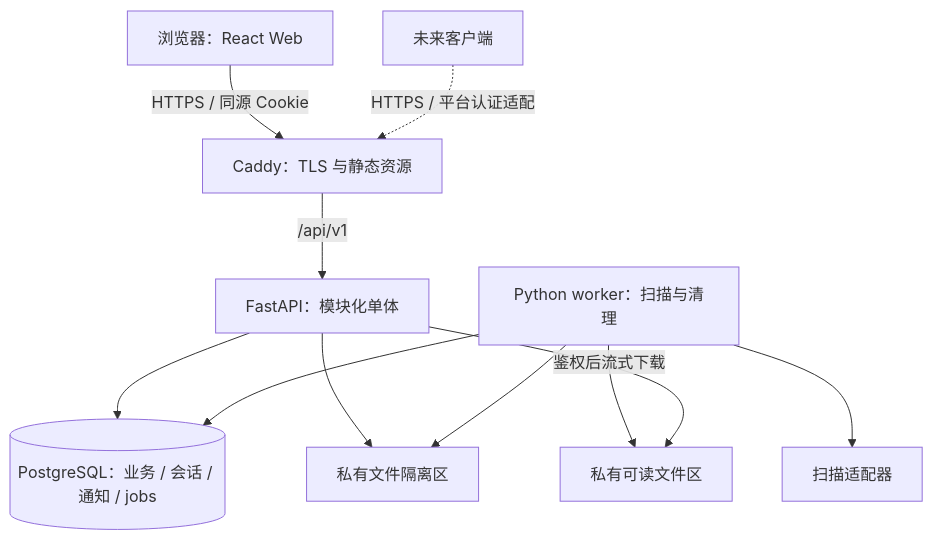
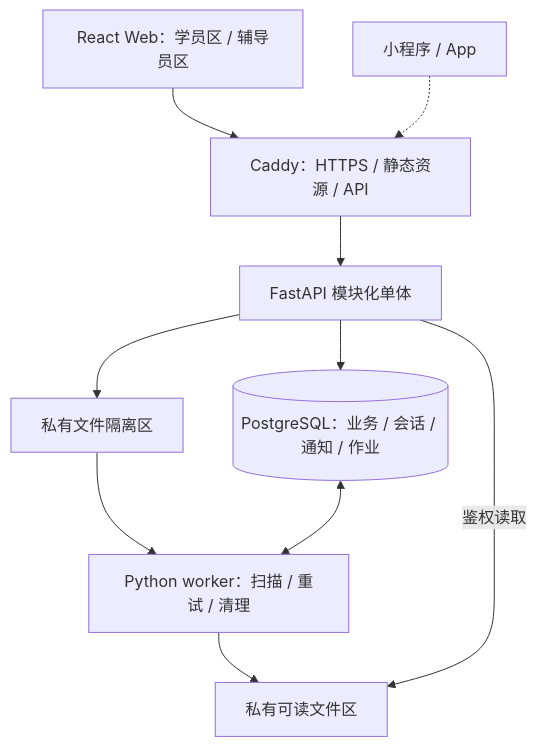
The first of 4 diagrams in docs/proposals/architecture-v0.1/architecture.md (job-lens/job-lens), drawn with Mermaid before and after one commit. The commit also changed other lines of this file, not shown here.

Commit message:
docs(architecture): remove boilerplate and consolidate system design

````diff
--- a/docs/proposals/architecture-v0.1/architecture.md
+++ b/docs/proposals/architecture-v0.1/architecture.md
@@ -130,13 +23,12 @@
 ```mermaid
 flowchart TB
-  B[浏览器：React Web] -->|HTTPS / 同源 Cookie| E[Caddy：TLS 与静态资源]
-  M[未来客户端] -.->|HTTPS / 平台认证适配| E
-  E -->|/api/v1| A[FastAPI：模块化单体]
-  A --> D[(PostgreSQL：业务 / 会话 / 通知 / jobs)]
+  W[React Web：学员区 / 辅导员区] --> G[Caddy：HTTPS / 静态资源 / API]
+  C[小程序 / App] -.-> G
+  G --> A[FastAPI 模块化单体]
+  A --> D[(PostgreSQL：业务 / 会话 / 通知 / 作业)]
   A --> Q[私有文件隔离区]
-  W[Python worker：扫描与清理] --> D
-  W --> Q
-  W --> S[扫描适配器]
-  W --> F[私有可读文件区]
-  A -->|鉴权后流式下载| F
+  Q --> J[Python worker：扫描 / 重试 / 清理]
+  D <--> J
+  J --> F[私有可读文件区]
+  A -->|鉴权读取| F
 ```
````
